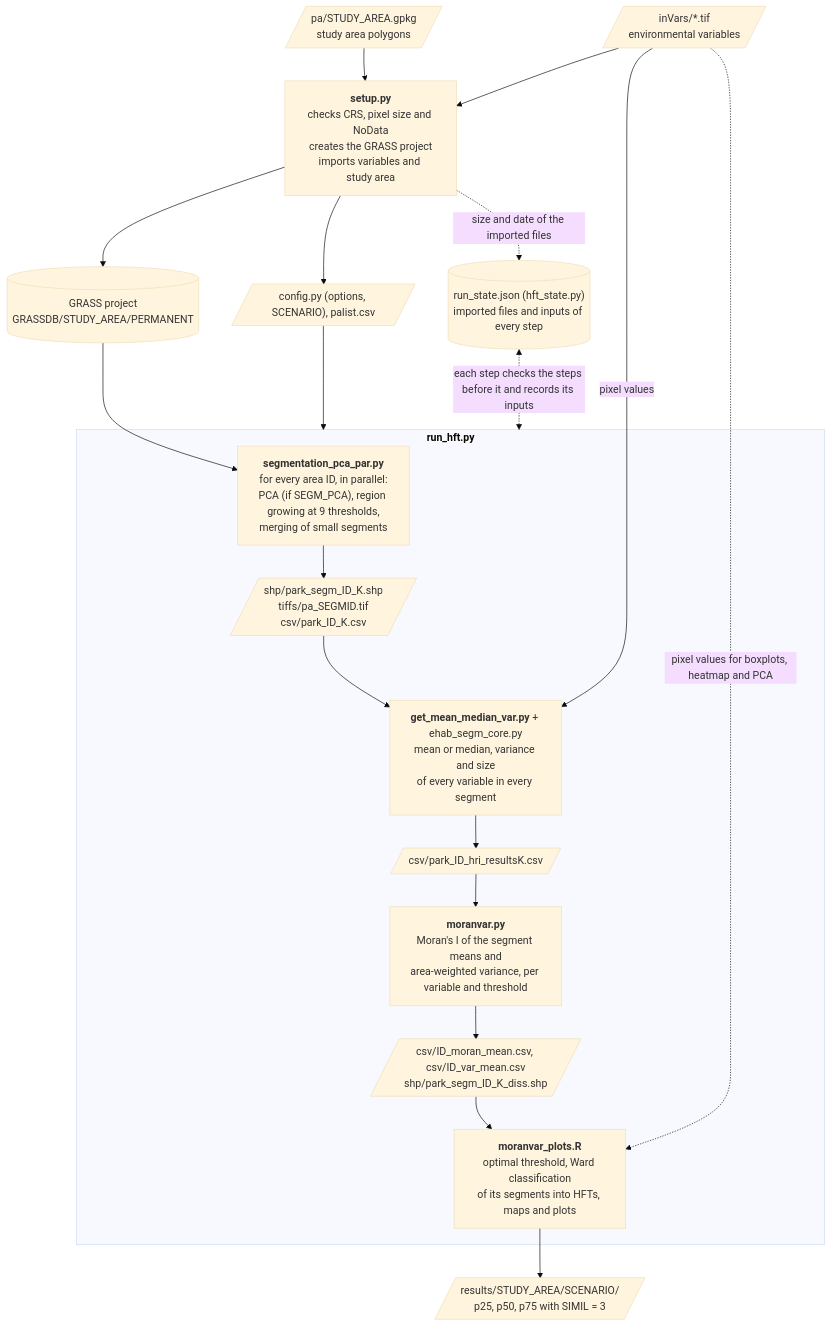
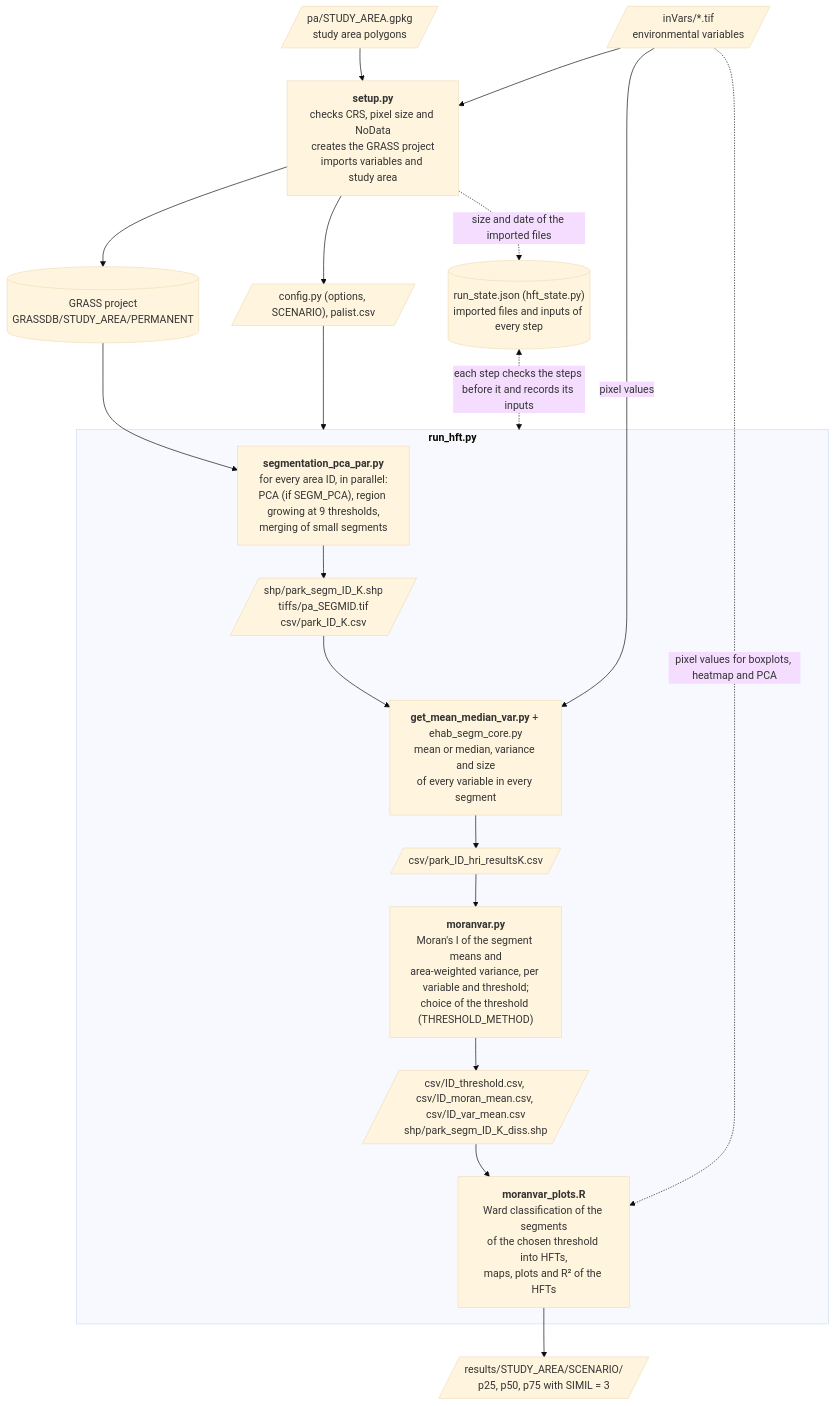
One commit to javimarlop/eHabpy changed the first of 2 diagrams in README.md. Above: the diagram before and after it, drawn with Mermaid (base theme). The commit also changed other lines of this file and 9 other files, not shown here.

First line of the commit message:
Add threshold selection methods and the R² of the HFTs

````diff
--- a/README.md
+++ b/README.md
@@ -1078,32 +1160,32 @@
 ```mermaid
 flowchart TD
     IN1[/"inVars/*.tif<br>environmental variables"/]
     IN2[/"pa/STUDY_AREA.gpkg<br>study area polygons"/]
     SETUP["<b>setup.py</b><br>checks CRS, pixel size and NoData<br>creates the GRASS project<br>imports variables and study area"]
     GDB[("GRASS project<br>GRASSDB/STUDY_AREA/PERMANENT")]
     CFG[/"config.py (options, SCENARIO), palist.csv"/]
     STATE[("run_state.json (hft_state.py)<br>imported files and inputs of every step")]
     subgraph RUN ["<b>run_hft.py</b>"]
         SEG["<b>segmentation_pca_par.py</b><br>for every area ID, in parallel:<br>PCA (if SEGM_PCA), region growing at 9 thresholds,<br>merging of small segments"]
         SEGOUT[/"shp/park_segm_ID_K.shp<br>tiffs/pa_SEGMID.tif<br>csv/park_ID_K.csv"/]
         STAT["<b>get_mean_median_var.py</b> + ehab_segm_core.py<br>mean or median, variance and size<br>of every variable in every segment"]
         HRI[/"csv/park_ID_hri_resultsK.csv"/]
-        MOR["<b>moranvar.py</b><br>Moran's I of the segment means and<br>area-weighted variance, per variable and threshold"]
-        MOROUT[/"csv/ID_moran_mean.csv, csv/ID_var_mean.csv<br>shp/park_segm_ID_K_diss.shp"/]
-        RPLOT["<b>moranvar_plots.R</b><br>optimal threshold, Ward classification<br>of its segments into HFTs, maps and plots"]
+        MOR["<b>moranvar.py</b><br>Moran's I of the segment means and<br>area-weighted variance, per variable and threshold;<br>choice of the threshold (THRESHOLD_METHOD)"]
+        MOROUT[/"csv/ID_threshold.csv, csv/ID_moran_mean.csv, csv/ID_var_mean.csv<br>shp/park_segm_ID_K_diss.shp"/]
+        RPLOT["<b>moranvar_plots.R</b><br>Ward classification of the segments<br>of the chosen threshold into HFTs,<br>maps, plots and R² of the HFTs"]
         SEG --> SEGOUT --> STAT --> HRI --> MOR --> MOROUT --> RPLOT
     end
     RES[/"results/STUDY_AREA/SCENARIO/<br>p25, p50, p75 with SIMIL = 3"/]
 
     IN1 --> SETUP
     IN2 --> SETUP
     SETUP --> GDB
     SETUP --> CFG
     SETUP -. "size and date of the imported files" .-> STATE
     GDB --> SEG
     CFG --> RUN
     STATE <-. "each step checks the steps before it and records its inputs" .-> RUN
     IN1 -- pixel values --> STAT
     IN1 -. pixel values for boxplots, heatmap and PCA .-> RPLOT
     RPLOT --> RES
 ```
````
